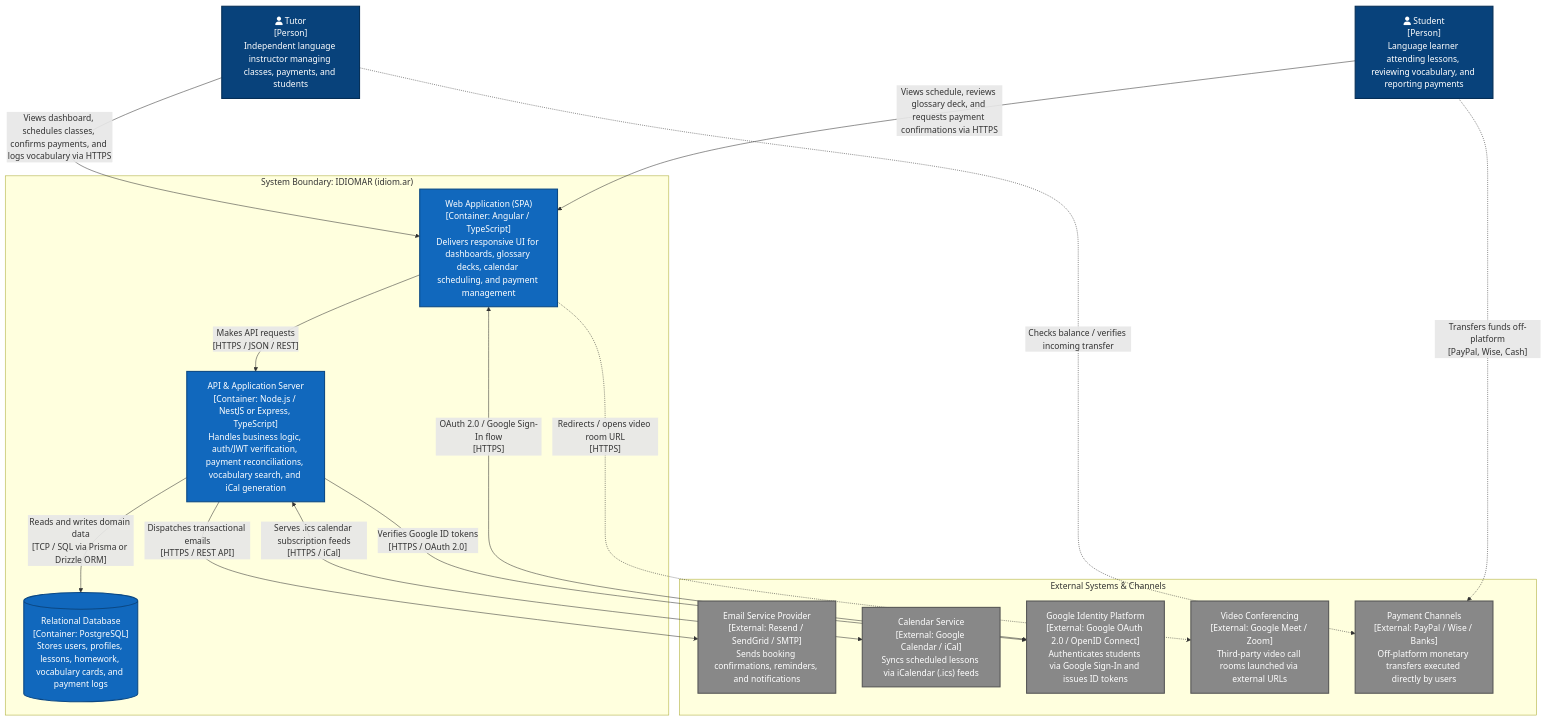
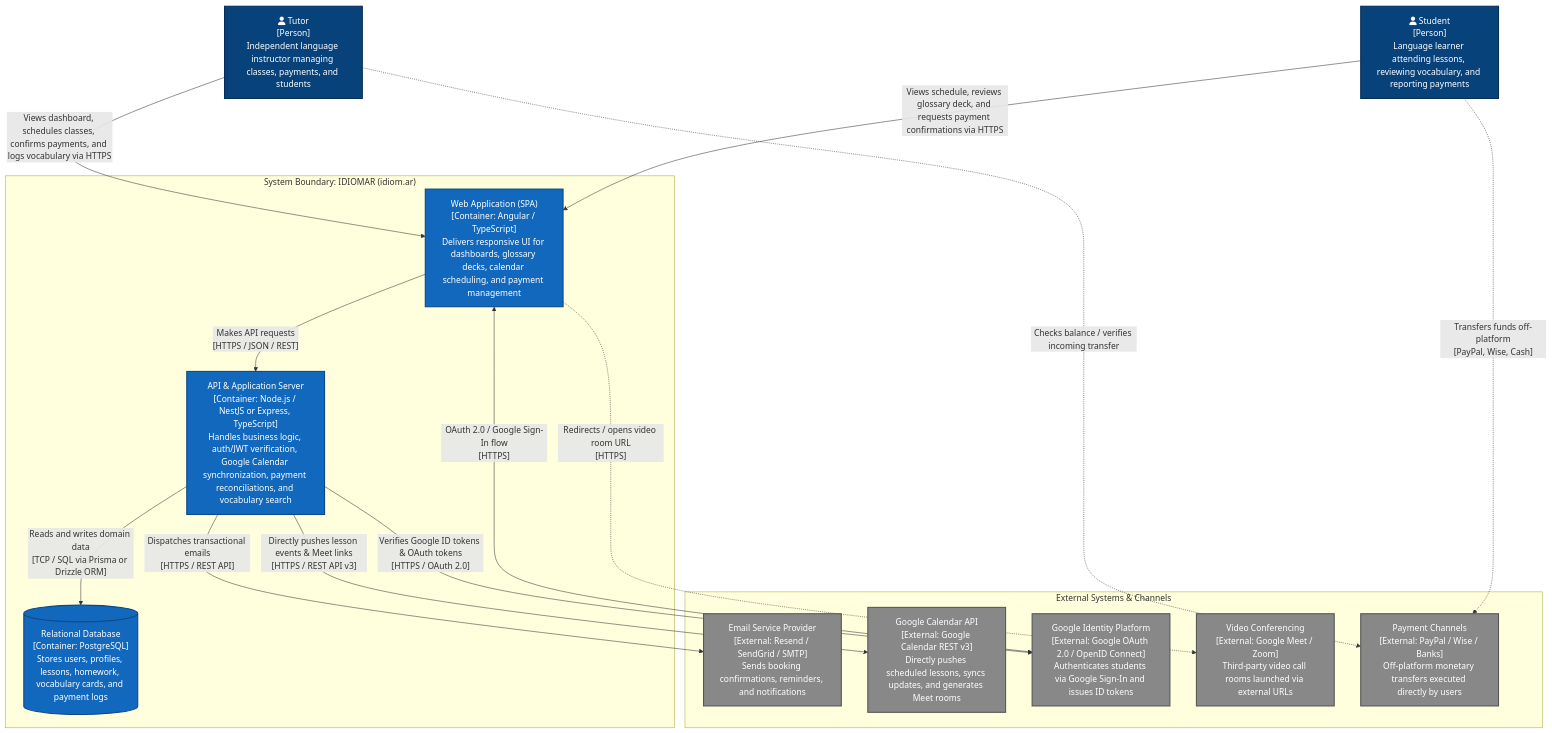
The second of 6 diagrams in docs/diagrams/README.md (DmytroCherednichenko/idiomar-crm), drawn with Mermaid before and after one commit. The commit also changed other lines of this file and 6 other files, not shown here.

Commit message:
Add Google Calendar dependency to docs

````diff
--- a/docs/diagrams/README.md
+++ b/docs/diagrams/README.md
@@ -108,41 +111,41 @@
 ```mermaid
 flowchart TD
     classDef person fill:#08427b,stroke:#052e56,color:#ffffff,stroke-width:2px;
     classDef container fill:#1168bd,stroke:#0b4884,color:#ffffff,stroke-width:2px;
     classDef database fill:#1168bd,stroke:#0b4884,color:#ffffff,stroke-width:2px;
     classDef external fill:#888888,stroke:#555555,color:#ffffff,stroke-width:2px;
     classDef boundary fill:#f9f9f9,stroke:#999999,stroke-width:2px,stroke-dasharray: 5 5;
 
     Tutor["fa:fa-user Tutor\n[Person]\nIndependent language instructor managing classes, payments, and students"]:::person
     Student["fa:fa-user Student\n[Person]\nLanguage learner attending lessons, reviewing vocabulary, and reporting payments"]:::person
 
     subgraph ExternalServices["External Systems & Channels"]
         GoogleAuth["Google Identity Platform\n[External: Google OAuth 2.0 / OpenID Connect]\nAuthenticates students via Google Sign-In and issues ID tokens"]:::external
+        GoogleCalendar["Google Calendar API\n[External: Google Calendar REST v3]\nDirectly pushes scheduled lessons, syncs updates, and generates Meet rooms"]:::external
         EmailService["Email Service Provider\n[External: Resend / SendGrid / SMTP]\nSends booking confirmations, reminders, and notifications"]:::external
-        CalendarAPI["Calendar Service\n[External: Google Calendar / iCal]\nSyncs scheduled lessons via iCalendar (.ics) feeds"]:::external
         MeetingPlatform["Video Conferencing\n[External: Google Meet / Zoom]\nThird-party video call rooms launched via external URLs"]:::external
         PaymentChannels["Payment Channels\n[External: PayPal / Wise / Banks]\nOff-platform monetary transfers executed directly by users"]:::external
     end
 
     subgraph IDIOMARSystem["System Boundary: IDIOMAR (idiom.ar)"]
         WebApp["Web Application (SPA)\n[Container: Angular / TypeScript]\nDelivers responsive UI for dashboards, glossary decks, calendar scheduling, and payment management"]:::container
 
-        ApiServer["API & Application Server\n[Container: Node.js / NestJS or Express, TypeScript]\nHandles business logic, auth/JWT verification, payment reconciliations, vocabulary search, and iCal generation"]:::container
+        ApiServer["API & Application Server\n[Container: Node.js / NestJS or Express, TypeScript]\nHandles business logic, auth/JWT verification, Google Calendar synchronization, payment reconciliations, and vocabulary search"]:::container
 
         Database[("Relational Database\n[Container: PostgreSQL]\nStores users, profiles, lessons, homework, vocabulary cards, and payment logs")]:::database
     end
 
     Tutor -->|"Views dashboard, schedules classes, confirms payments, and logs vocabulary via HTTPS"| WebApp
     Student -->|"Views schedule, reviews glossary deck, and requests payment confirmations via HTTPS"| WebApp
 
     WebApp -->|"Makes API requests\n[HTTPS / JSON / REST]"| ApiServer
     ApiServer -->|"Reads and writes domain data\n[TCP / SQL via Prisma or Drizzle ORM]"| Database
     ApiServer -->|"Dispatches transactional emails\n[HTTPS / REST API]"| EmailService
-    ApiServer <-->|"Serves .ics calendar subscription feeds\n[HTTPS / iCal]"| CalendarAPI
-    ApiServer -->|"Verifies Google ID tokens\n[HTTPS / OAuth 2.0]"| GoogleAuth
+    ApiServer -->|"Directly pushes lesson events & Meet links\n[HTTPS / REST API v3]"| GoogleCalendar
+    ApiServer -->|"Verifies Google ID tokens & OAuth tokens\n[HTTPS / OAuth 2.0]"| GoogleAuth
 
     WebApp <-->|"OAuth 2.0 / Google Sign-In flow\n[HTTPS]"| GoogleAuth
     WebApp -.->|"Redirects / opens video room URL\n[HTTPS]"| MeetingPlatform
     Student -.->|"Transfers funds off-platform\n[PayPal, Wise, Cash]"| PaymentChannels
     Tutor -.->|"Checks balance / verifies incoming transfer"| PaymentChannels
 ```
````
